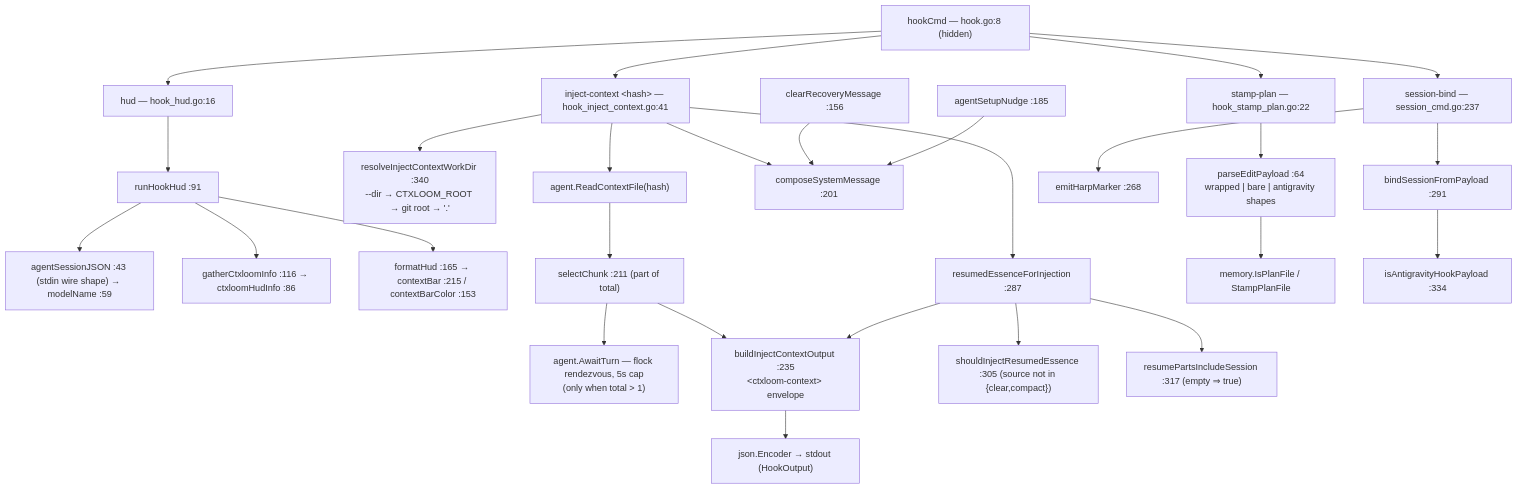
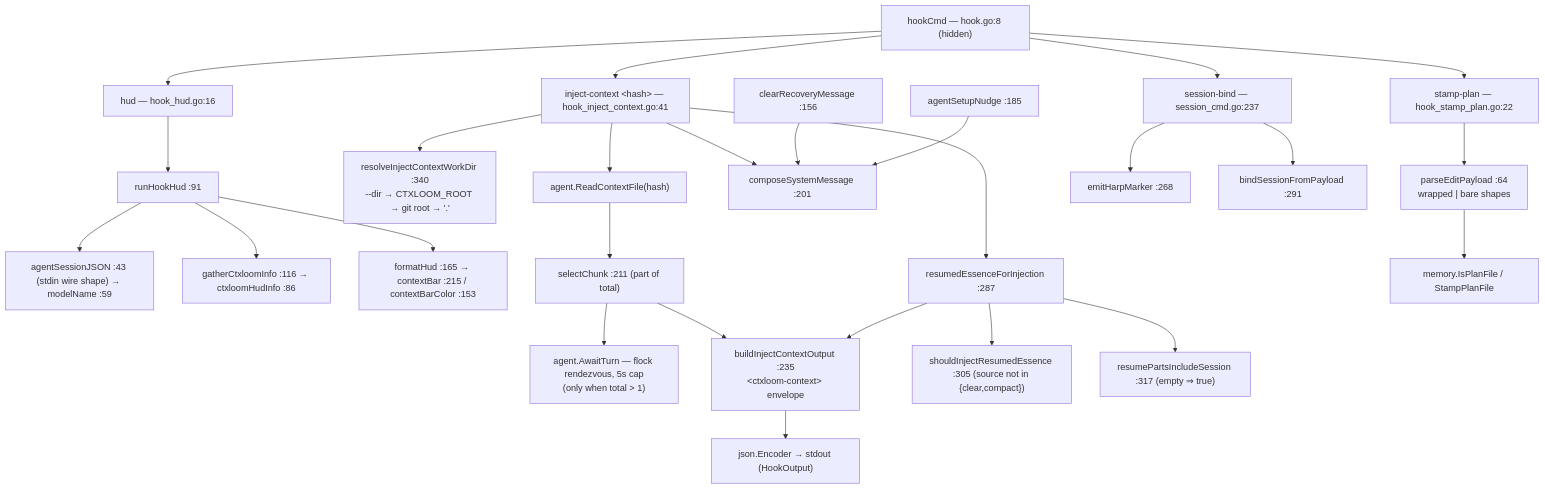
The diagram in docs/architecture/cli/hooks.md (ctxloom/ctxloom), drawn with Mermaid before and after one commit. The commit also changed other lines of this file and 19 other files, not shown here.

First line of the commit message:
docs: architecture pages name the registered backend, not the deleted ones

````diff
--- a/docs/architecture/cli/hooks.md
+++ b/docs/architecture/cli/hooks.md
@@ -16,33 +16,33 @@
 ```mermaid
 flowchart TD
     HC["hookCmd — hook.go:8 (hidden)"]
     HC --> HUD["hud — hook_hud.go:16"]
     HC --> IC["inject-context &lt;hash&gt; — hook_inject_context.go:41"]
     HC --> SP["stamp-plan — hook_stamp_plan.go:22"]
     HC --> SB["session-bind — session_cmd.go:237"]
 
     HUD --> RHH["runHookHud :91"]
     RHH --> ASJ["agentSessionJSON :43 (stdin wire shape) → modelName :59"]
     RHH --> GCI["gatherCtxloomInfo :116 → ctxloomHudInfo :86"]
     RHH --> FH["formatHud :165 → contextBar :215 / contextBarColor :153"]
 
     IC --> RWD["resolveInjectContextWorkDir :340<br/>--dir → CTXLOOM_ROOT → git root → '.'"]
     IC --> RCF["agent.ReadContextFile(hash)"]
     RCF --> SEL["selectChunk :211 (part of total)"]
     SEL --> AT["agent.AwaitTurn — flock rendezvous, 5s cap<br/>(only when total > 1)"]
     SEL --> BICO["buildInjectContextOutput :235<br/>&lt;ctxloom-context&gt; envelope"]
     IC --> REI["resumedEssenceForInjection :287"]
     REI --> SIRE["shouldInjectResumedEssence :305 (source not in {clear,compact})"]
     REI --> RPIS["resumePartsIncludeSession :317 (empty ⇒ true)"]
     REI --> BICO
     IC --> CSM["composeSystemMessage :201"]
     CRM["clearRecoveryMessage :156"] --> CSM
     ASN["agentSetupNudge :185"] --> CSM
     BICO --> OUT["json.Encoder → stdout (HookOutput)"]
 
-    SP --> PEP["parseEditPayload :64<br/>wrapped | bare | antigravity shapes"]
+    SP --> PEP["parseEditPayload :64<br/>wrapped | bare shapes"]
     PEP --> MEM["memory.IsPlanFile / StampPlanFile"]
 
     SB --> EHM["emitHarpMarker :268"]
-    SB --> BSFP["bindSessionFromPayload :291"] --> IAHP["isAntigravityHookPayload :334"]
+    SB --> BSFP["bindSessionFromPayload :291"]
 ```
````
